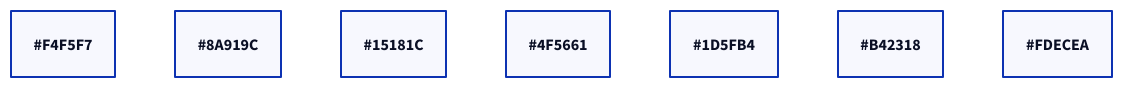
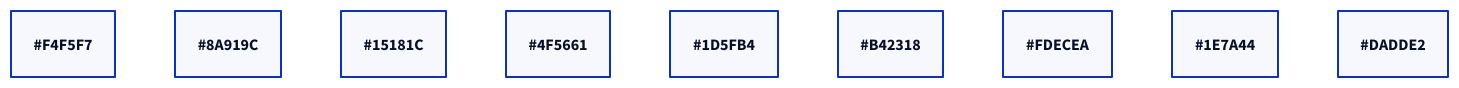
One commit to sohan-bhat/OpenHAL changed the diagram in docs/diagrams/theme-light.d2. Above: the diagram before and after it, drawn with D2. The commit also changed 11 other files, not shown here.

First line of the commit message:
feat(diagrams): redraw the architecture and spec diagrams in the house style

```diff
--- a/docs/diagrams/theme-light.d2
+++ b/docs/diagrams/theme-light.d2
@@ -1,7 +1,9 @@
 surface: "#F4F5F7"
 line: "#8A919C"
 text: "#15181C"
 text2: "#4F5661"
 accent: "#1D5FB4"
 blocked: "#B42318"
 blocked-fill: "#FDECEA"
+ok: "#1E7A44"
+border: "#DADDE2"
```
